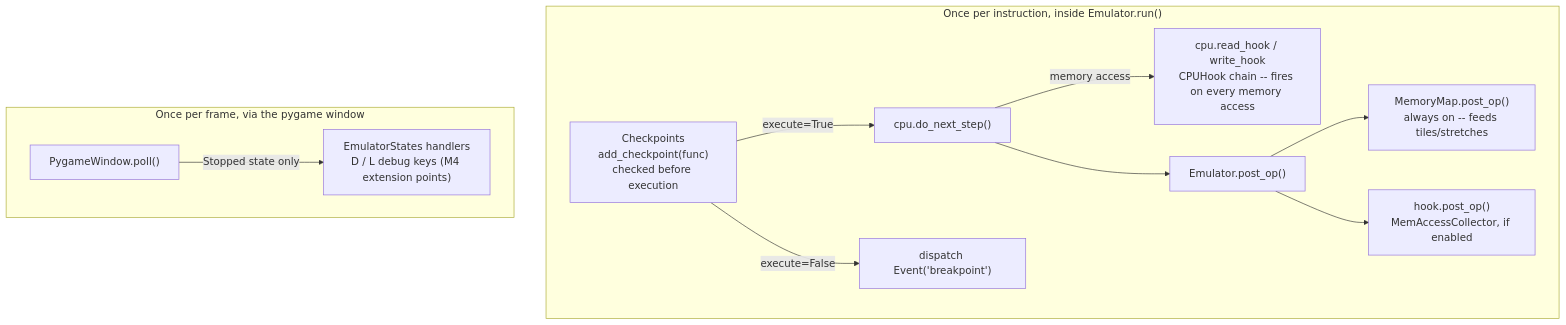
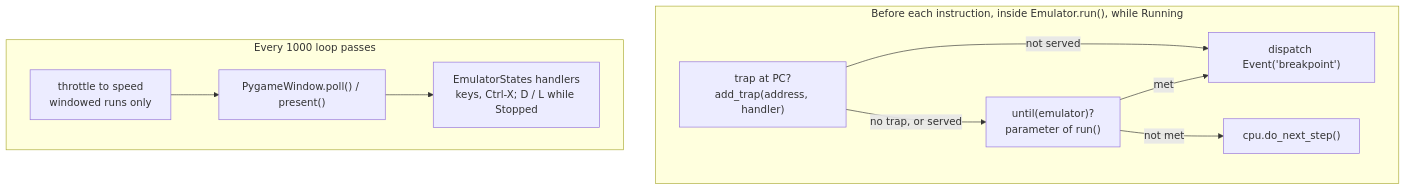
One commit to fschuhi/papple2 changed the third of 3 diagrams in README.md. Above: the diagram before and after it, drawn with Mermaid. The commit also changed other lines of this file and 2 other files, not shown here.

````diff
--- a/README.md
+++ b/README.md
@@ -94,24 +113,21 @@
 ```mermaid
 graph TD
-    subgraph INSTR["Once per instruction, inside Emulator.run()"]
-        CP["Checkpoints<br/>add_checkpoint(func)<br/>checked before execution"]
+    subgraph STEP["Before each instruction, inside Emulator.run(), while Running"]
+        TRAP["trap at PC?<br/>add_trap(address, handler)"]
+        UNTIL["until(emulator)?<br/>parameter of run()"]
         EXEC["cpu.do_next_step()"]
-        RW["cpu.read_hook / write_hook<br/>CPUHook chain -- fires on every memory access"]
-        POST["Emulator.post_op()"]
-        MAP["MemoryMap.post_op()<br/>always on -- feeds tiles/stretches"]
-        HPOST["hook.post_op()<br/>MemAccessCollector, if enabled"]
+        BRK["dispatch Event('breakpoint')"]
 
-        CP -- "execute=True" --> EXEC
-        CP -- "execute=False" --> BRK["dispatch Event('breakpoint')"]
-        EXEC -- "memory access" --> RW
-        EXEC --> POST
-        POST --> MAP
-        POST --> HPOST
+        TRAP -- "no trap, or served" --> UNTIL
+        TRAP -- "not served" --> BRK
+        UNTIL -- "not met" --> EXEC
+        UNTIL -- "met" --> BRK
     end
 
-    subgraph FRAME["Once per frame, via the pygame window"]
-        POLL["PygameWindow.poll()"]
-        KEYS["EmulatorStates handlers<br/>D / L debug keys (M4 extension points)"]
-        POLL -- "Stopped state only" --> KEYS
+    subgraph PASSES["Every 1000 loop passes"]
+        THR["throttle to speed<br/>windowed runs only"]
+        WIN["PygameWindow.poll() / present()"]
+        KEYS["EmulatorStates handlers<br/>keys, Ctrl-X; D / L while Stopped"]
+        THR --> WIN --> KEYS
     end
 ```
````
